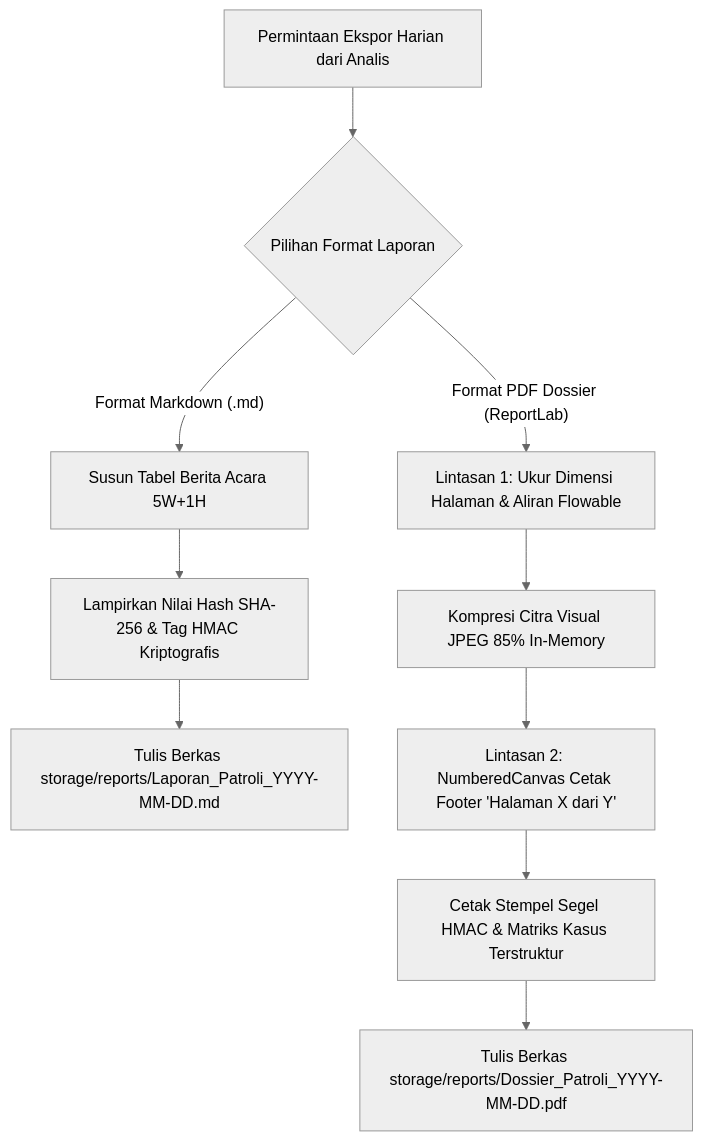
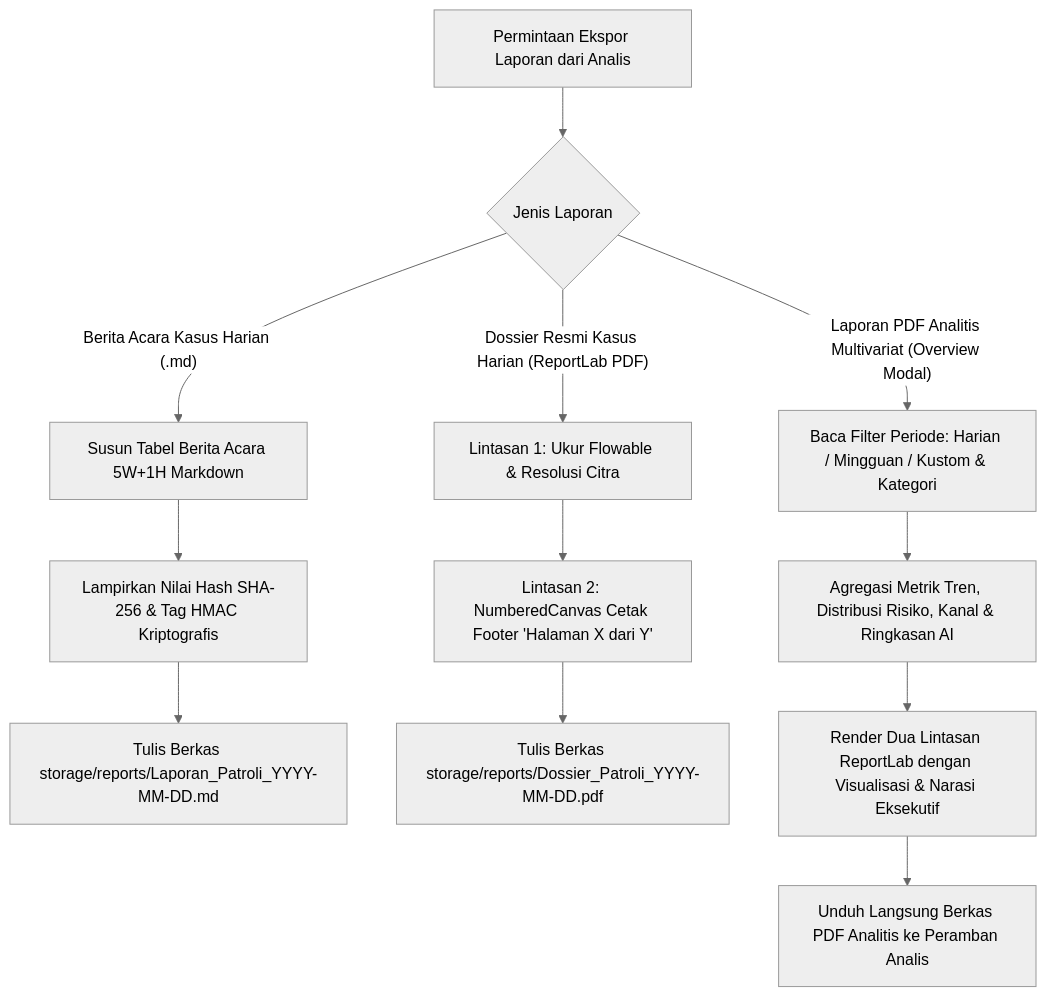
Diagram 11 of 13 in SYSTEM_PRD_AND_ARCHITECTURE.md (Hihanghohengg/cyber-patroli-assistant), drawn with Mermaid (neutral theme) before and after one commit. The commit also changed other lines of this file, not shown here.

Commit message:
docs(prd-arch): update SYSTEM_PRD_AND_ARCHITECTURE.md to v5.2 reflecting unified cockpit, automated HITL, and anti-slop standard

````diff
--- a/SYSTEM_PRD_AND_ARCHITECTURE.md
+++ b/SYSTEM_PRD_AND_ARCHITECTURE.md
@@ -470,14 +364,17 @@
 ```mermaid
 flowchart TD
-    A[Permintaan Ekspor Harian dari Analis] --> B{Pilihan Format Laporan}
+    A[Permintaan Ekspor Laporan dari Analis] --> B{Jenis Laporan}
     
-    B -- Format Markdown (.md) --> C[Susun Tabel Berita Acara 5W+1H]
+    B -- Berita Acara Kasus Harian (.md) --> C[Susun Tabel Berita Acara 5W+1H Markdown]
     C --> D[Lampirkan Nilai Hash SHA-256 & Tag HMAC Kriptografis]
     D --> E[Tulis Berkas storage/reports/Laporan_Patroli_YYYY-MM-DD.md]
     
-    B -- Format PDF Dossier (ReportLab) --> F[Lintasan 1: Ukur Dimensi Halaman & Aliran Flowable]
-    F --> G[Kompresi Citra Visual JPEG 85% In-Memory]
-    G --> H[Lintasan 2: NumberedCanvas Cetak Footer 'Halaman X dari Y']
-    H --> I[Cetak Stempel Segel HMAC & Matriks Kasus Terstruktur]
-    I --> J[Tulis Berkas storage/reports/Dossier_Patroli_YYYY-MM-DD.pdf]
+    B -- Dossier Resmi Kasus Harian (ReportLab PDF) --> F[Lintasan 1: Ukur Flowable & Resolusi Citra]
+    F --> G[Lintasan 2: NumberedCanvas Cetak Footer 'Halaman X dari Y']
+    G --> H[Tulis Berkas storage/reports/Dossier_Patroli_YYYY-MM-DD.pdf]
+    
+    B -- Laporan PDF Analitis Multivariat (Overview Modal) --> I[Baca Filter Periode: Harian / Mingguan / Kustom & Kategori]
+    I --> J[Agregasi Metrik Tren, Distribusi Risiko, Kanal & Ringkasan AI]
+    J --> K[Render Dua Lintasan ReportLab dengan Visualisasi & Narasi Eksekutif]
+    K --> L[Unduh Langsung Berkas PDF Analitis ke Peramban Analis]
 ```
````
